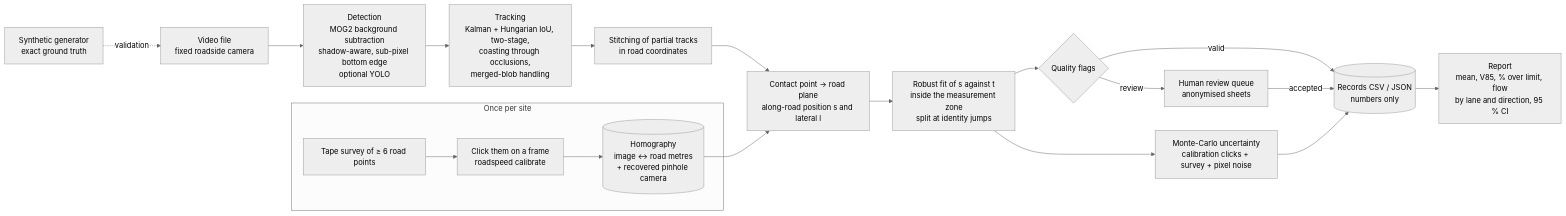
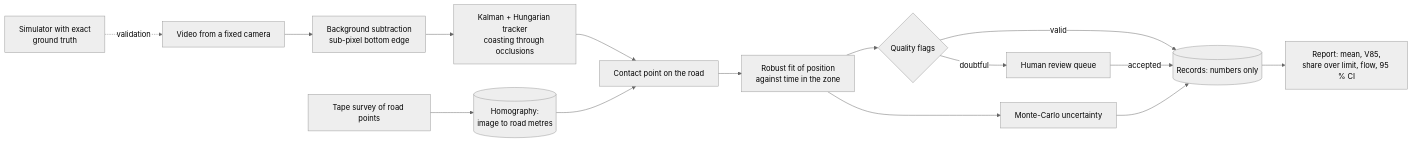
Before and after one commit to Kronbii/road-speed-audit: the diagram in README.md, drawn with Mermaid (neutral theme). The commit also changed other lines of this file and 2 other files, not shown here.

````diff
--- a/README.md
+++ b/README.md
@@ -78,21 +38,17 @@
 ```mermaid
 flowchart LR
-  subgraph site[Once per site]
-    S1[Tape survey of ≥ 6 road points] --> S2[Click them on a frame<br/>roadspeed calibrate]
-    S2 --> H[(Homography<br/>image ↔ road metres<br/>+ recovered pinhole camera)]
-  end
-  V[Video file<br/>fixed roadside camera] --> D[Detection<br/>MOG2 background subtraction<br/>shadow-aware, sub-pixel bottom edge<br/>optional YOLO]
-  D --> T[Tracking<br/>Kalman + Hungarian IoU, two-stage,<br/>coasting through occlusions,<br/>merged-blob handling]
-  T --> ST[Stitching of partial tracks<br/>in road coordinates]
-  ST --> P[Contact point → road plane<br/>along-road position s and lateral l]
+  S[Tape survey of road points] --> H[(Homography:<br/>image to road metres)]
+  V[Video from a fixed camera] --> D[Background subtraction<br/>sub-pixel bottom edge]
+  D --> T[Kalman + Hungarian tracker<br/>coasting through occlusions]
+  T --> P[Contact point on the road]
   H --> P
-  P --> F[Robust fit of s against t<br/>inside the measurement zone<br/>split at identity jumps]
+  P --> F[Robust fit of position<br/>against time in the zone]
+  F --> U[Monte-Carlo uncertainty]
   F --> Q{Quality flags}
-  F --> U[Monte-Carlo uncertainty<br/>calibration clicks + survey + pixel noise]
-  Q -->|valid| R[(Records CSV / JSON<br/>numbers only)]
-  Q -->|review| RQ[Human review queue<br/>anonymised sheets]
+  Q -->|valid| R[(Records: numbers only)]
+  Q -->|doubtful| RQ[Human review queue]
   RQ -->|accepted| R
   U --> R
-  R --> REP[Report<br/>mean, V85, % over limit, flow<br/>by lane and direction, 95 % CI]
-  G[Synthetic generator<br/>exact ground truth] -. validation .-> V
+  R --> REP[Report: mean, V85,<br/>share over limit, flow, 95 % CI]
+  G[Simulator with exact<br/>ground truth] -. validation .-> V
 ```
````
